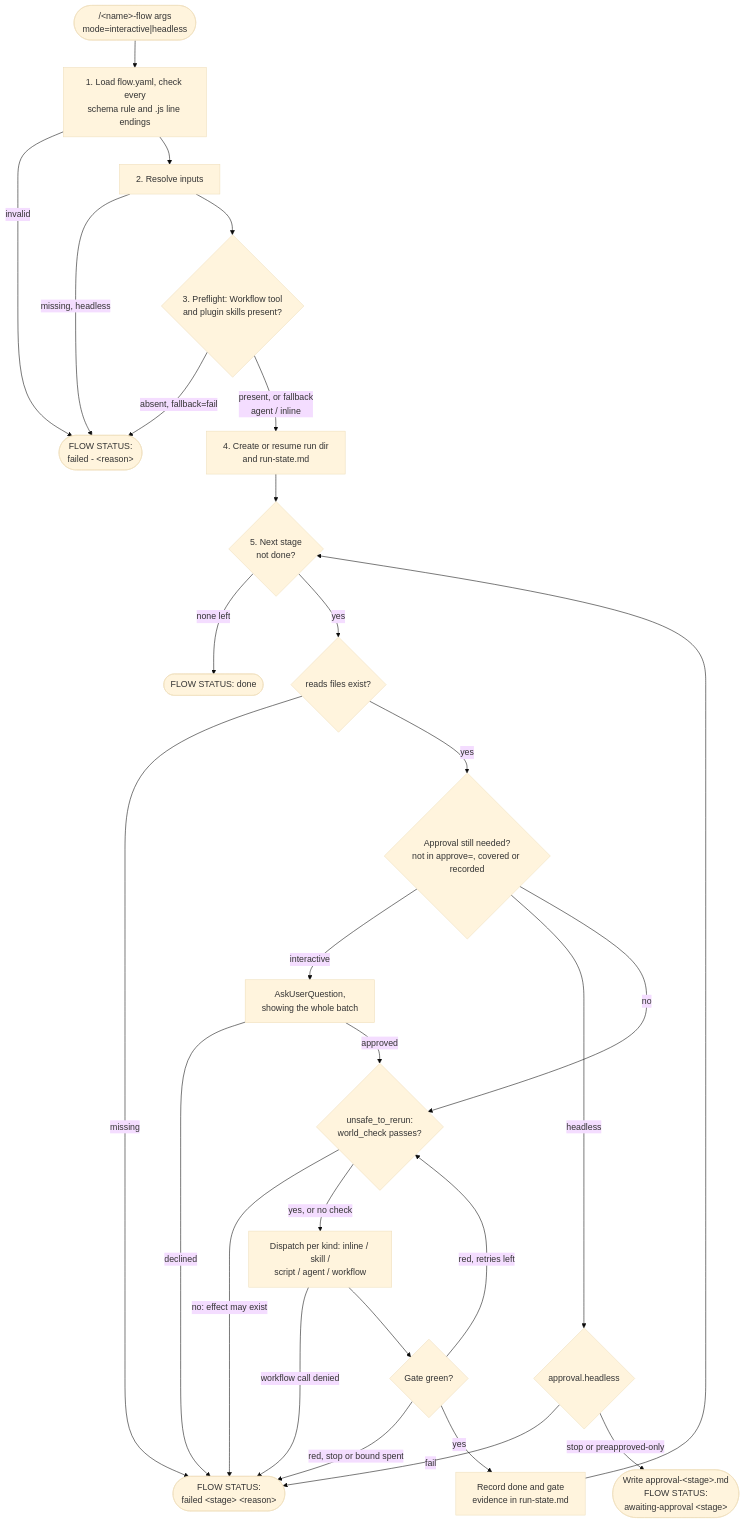
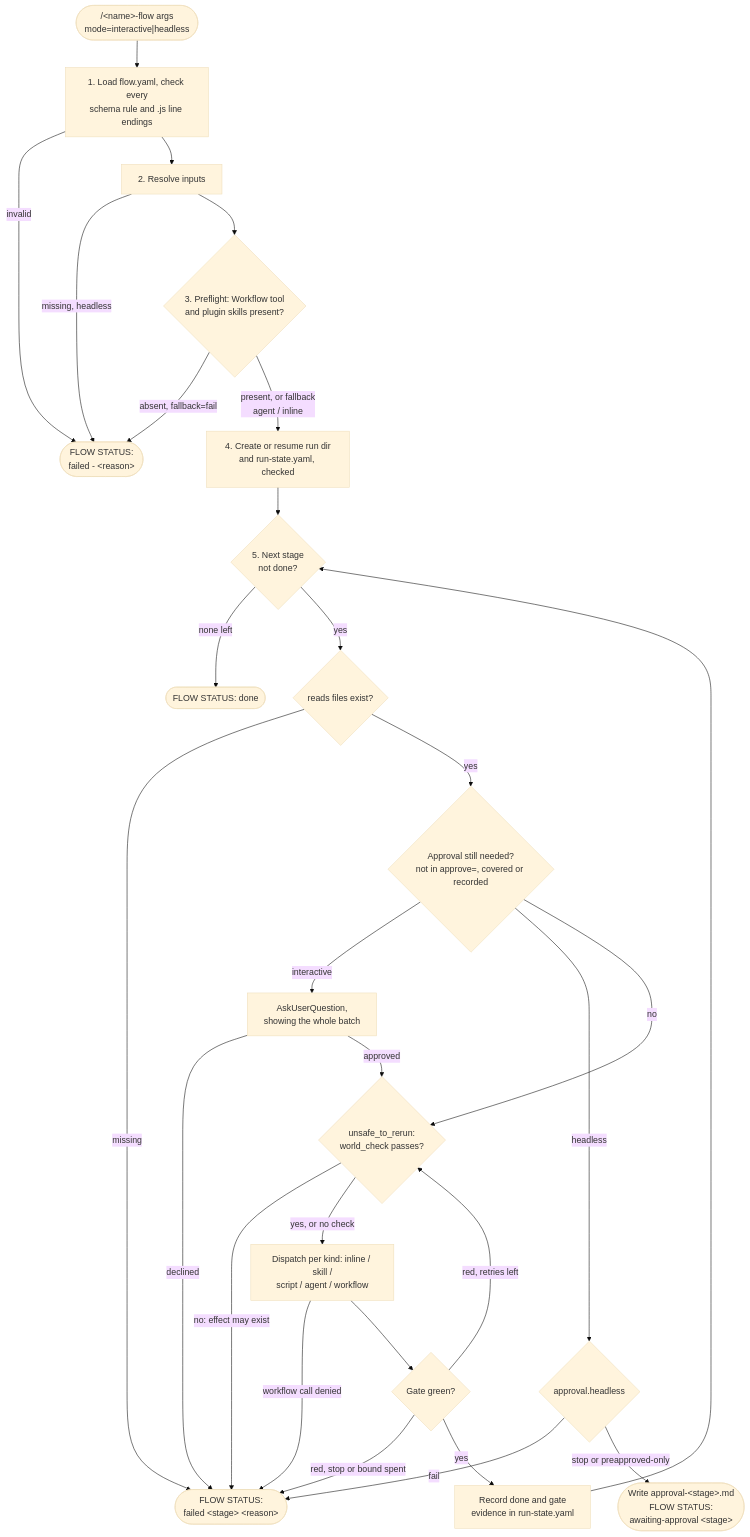
One commit to cheneeheng/ceh-claude-code-library changed the second of 3 diagrams in plugins/standalone/ceh-workflow-builder/docs/ARCHITECTURE.md. Above: the diagram before and after it, drawn with Mermaid (base theme). The commit also changed other lines of this file and 32 other files, not shown here.

First line of the commit message:
feat(workflow-runner): check the run state as a yaml format

````diff
--- a/plugins/standalone/ceh-workflow-builder/docs/ARCHITECTURE.md
+++ b/plugins/standalone/ceh-workflow-builder/docs/ARCHITECTURE.md
@@ -123,29 +123,29 @@
 ```mermaid
 flowchart TD
     start(["/&lt;name&gt;-flow args<br/>mode=interactive|headless"]) --> load["1. Load flow.yaml, check every<br/>schema rule and .js line endings"]
     load -->|invalid| prefail(["FLOW STATUS:<br/>failed - &lt;reason&gt;"])
     load --> inputs["2. Resolve inputs"]
     inputs -->|"missing, headless"| prefail
     inputs --> pre{"3. Preflight: Workflow tool<br/>and plugin skills present?"}
     pre -->|"absent, fallback=fail"| prefail
-    pre -->|"present, or fallback<br/>agent / inline"| state["4. Create or resume run dir<br/>and run-state.md"]
+    pre -->|"present, or fallback<br/>agent / inline"| state["4. Create or resume run dir<br/>and run-state.yaml, checked"]
     state --> next{"5. Next stage<br/>not done?"}
     next -->|none left| done(["FLOW STATUS: done"])
     next -->|yes| reads{"reads files exist?"}
     reads -->|missing| failed(["FLOW STATUS:<br/>failed &lt;stage&gt; &lt;reason&gt;"])
     reads -->|yes| appr{"Approval still needed?<br/>not in approve=, covered or recorded"}
     appr -->|interactive| ask["AskUserQuestion,<br/>showing the whole batch"]
     ask -->|declined| failed
     appr -->|headless| hl{"approval.headless"}
     hl -->|fail| failed
     hl -->|"stop or preapproved-only"| waiting(["Write approval-&lt;stage&gt;.md<br/>FLOW STATUS:<br/>awaiting-approval &lt;stage&gt;"])
     appr -->|no| world{"unsafe_to_rerun:<br/>world_check passes?"}
     ask -->|approved| world
     world -->|"no: effect may exist"| failed
     world -->|"yes, or no check"| run["Dispatch per kind: inline / skill /<br/>script / agent / workflow"]
     run -->|workflow call denied| failed
     run --> gate{"Gate green?"}
     gate -->|"red, stop or bound spent"| failed
     gate -->|"red, retries left"| world
-    gate -->|yes| mark["Record done and gate<br/>evidence in run-state.md"] --> next
+    gate -->|yes| mark["Record done and gate<br/>evidence in run-state.yaml"] --> next
 ```
````
